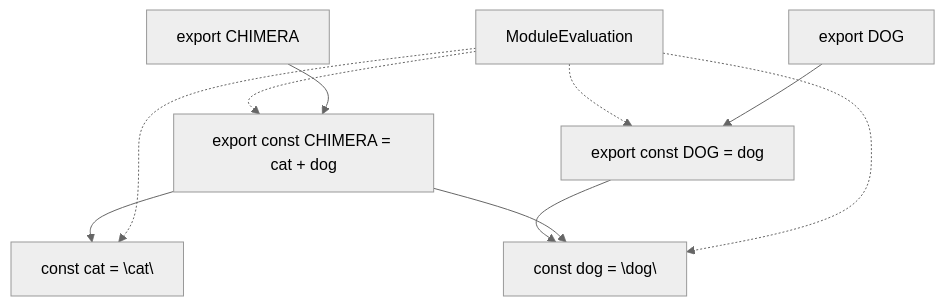
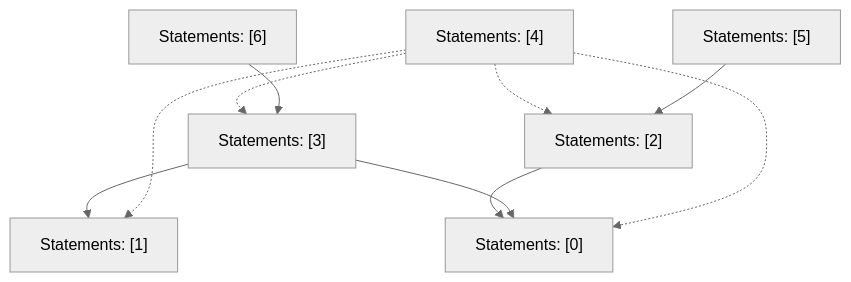
Before and after one commit to vercel/turborepo: the fifth of 5 diagrams in crates/turbopack-ecmascript/tests/tree-shaker/analyzer/simple/output.md, drawn with Mermaid (neutral theme). The commit also changed 3 other files, not shown here.

````diff
--- a/crates/turbopack-ecmascript/tests/tree-shaker/analyzer/simple/output.md
+++ b/crates/turbopack-ecmascript/tests/tree-shaker/analyzer/simple/output.md
@@ -124,19 +124,19 @@
 ```mermaid
 graph TD
-    Item1["const cat = \"cat\""];
-    Item2["const dog = \"dog\""];
-    Item3["export const CHIMERA = cat + dog"];
-    Item4["export CHIMERA"];
-    Item5["export const DOG = dog"];
-    Item6["export DOG"];
-    Item7["ModuleEvaluation"];
-    Item5 --> Item2;
-    Item3 --> Item1;
-    Item3 --> Item2;
-    Item7 -.-> Item2;
-    Item7 -.-> Item5;
-    Item7 -.-> Item3;
-    Item7 -.-> Item1;
-    Item6 --> Item5;
-    Item4 --> Item3;
+    N0["Statements: [1]"];
+    N1["Statements: [0]"];
+    N2["Statements: [3]"];
+    N3["Statements: [6]"];
+    N4["Statements: [2]"];
+    N5["Statements: [5]"];
+    N6["Statements: [4]"];
+    N4 --> N1;
+    N2 --> N0;
+    N2 --> N1;
+    N6 -.-> N1;
+    N6 -.-> N4;
+    N6 -.-> N2;
+    N6 -.-> N0;
+    N5 --> N4;
+    N3 --> N2;
 ```
````
